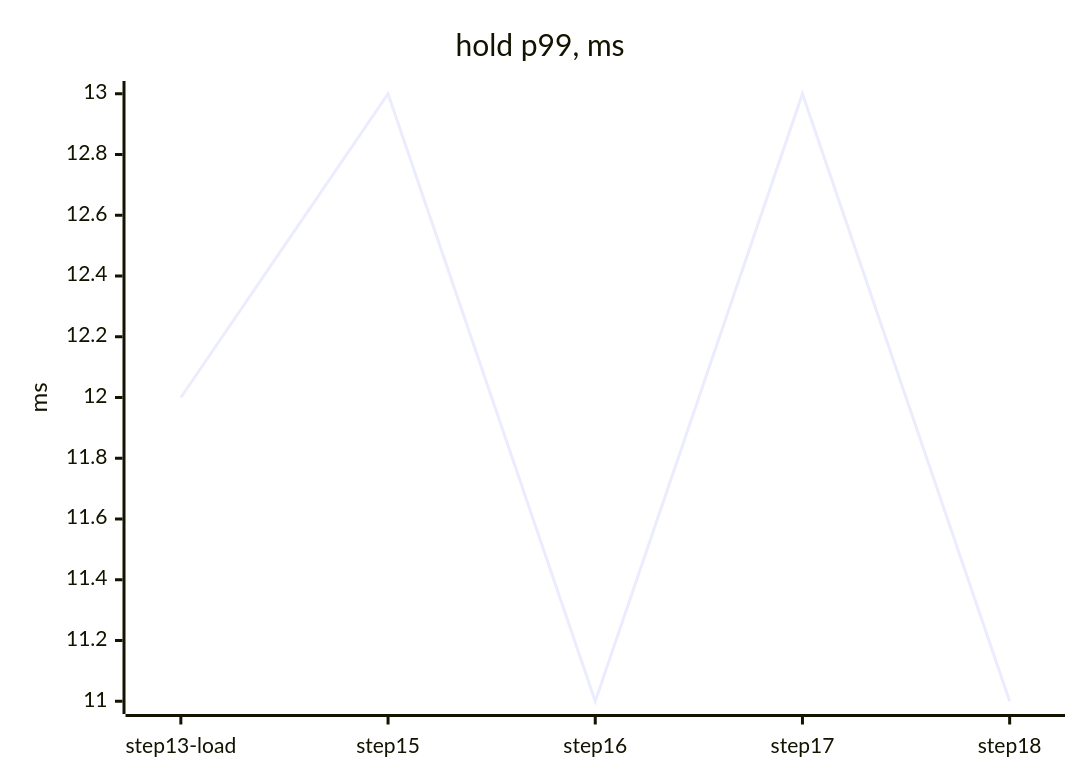
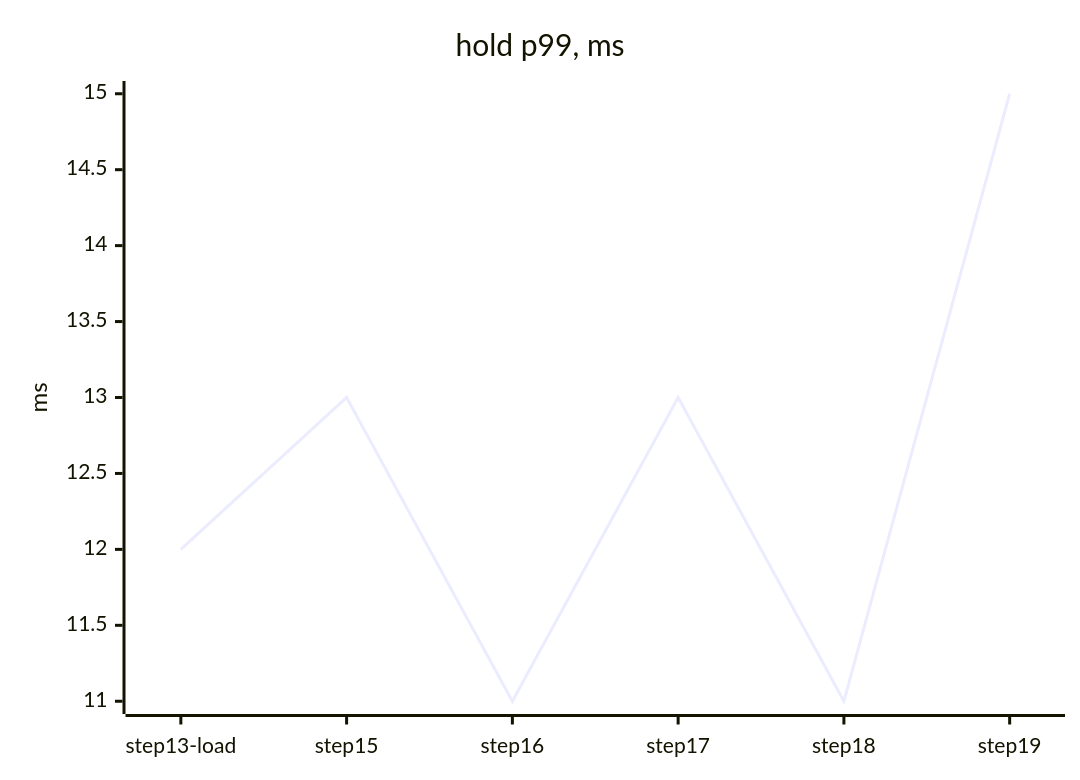
The second of 4 diagrams in docs/perf/README.md (tanvoid0/ledgerflow), drawn with Mermaid before and after one commit. The commit also changed other lines of this file and 6 other files, not shown here.

````diff
--- a/docs/perf/README.md
+++ b/docs/perf/README.md
@@ -43,7 +45,7 @@
 ```mermaid
 xychart-beta
     title "hold p99, ms"
-    x-axis ["step13-load", "step15", "step16", "step17", "step18"]
+    x-axis ["step13-load", "step15", "step16", "step17", "step18", "step19"]
     y-axis "ms"
-    line [12, 13, 11, 13, 11]
+    line [12, 13, 11, 13, 11, 15]
 ```
````
